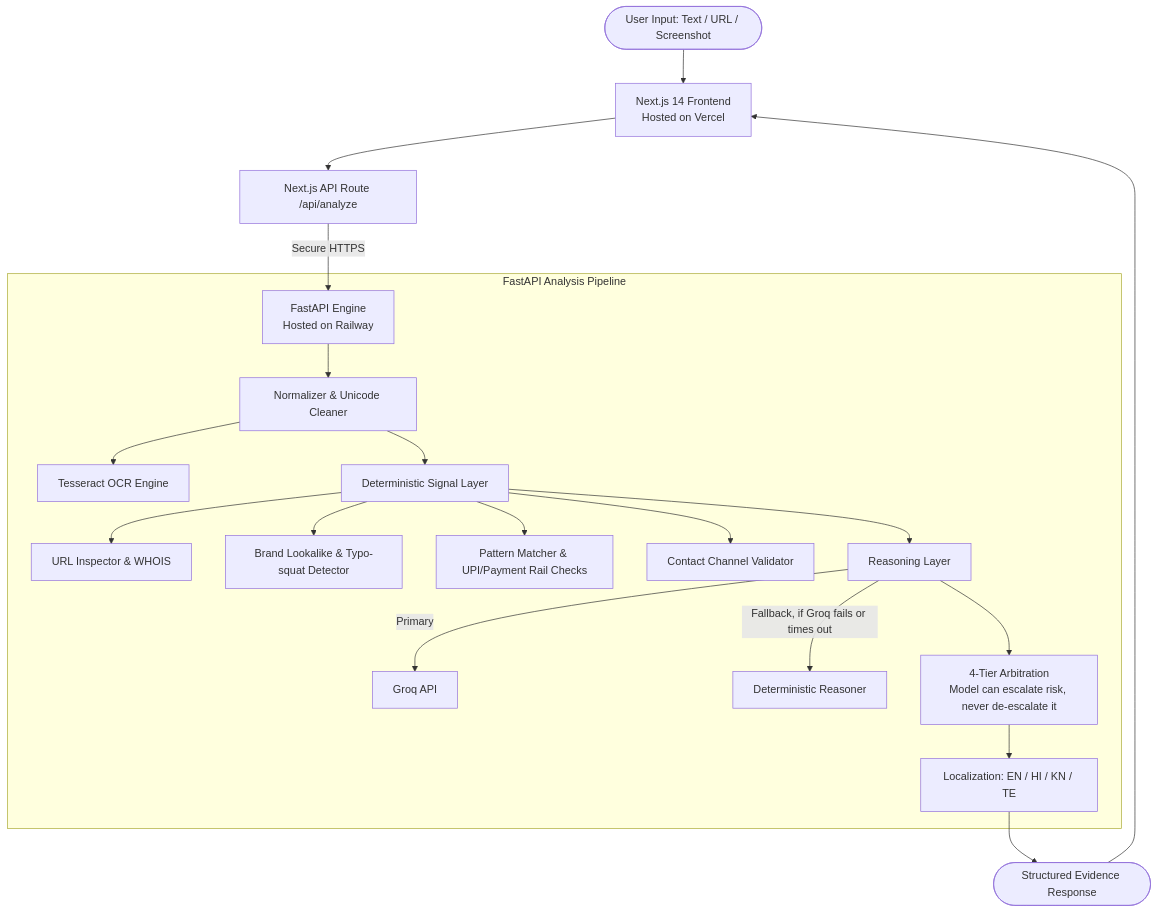
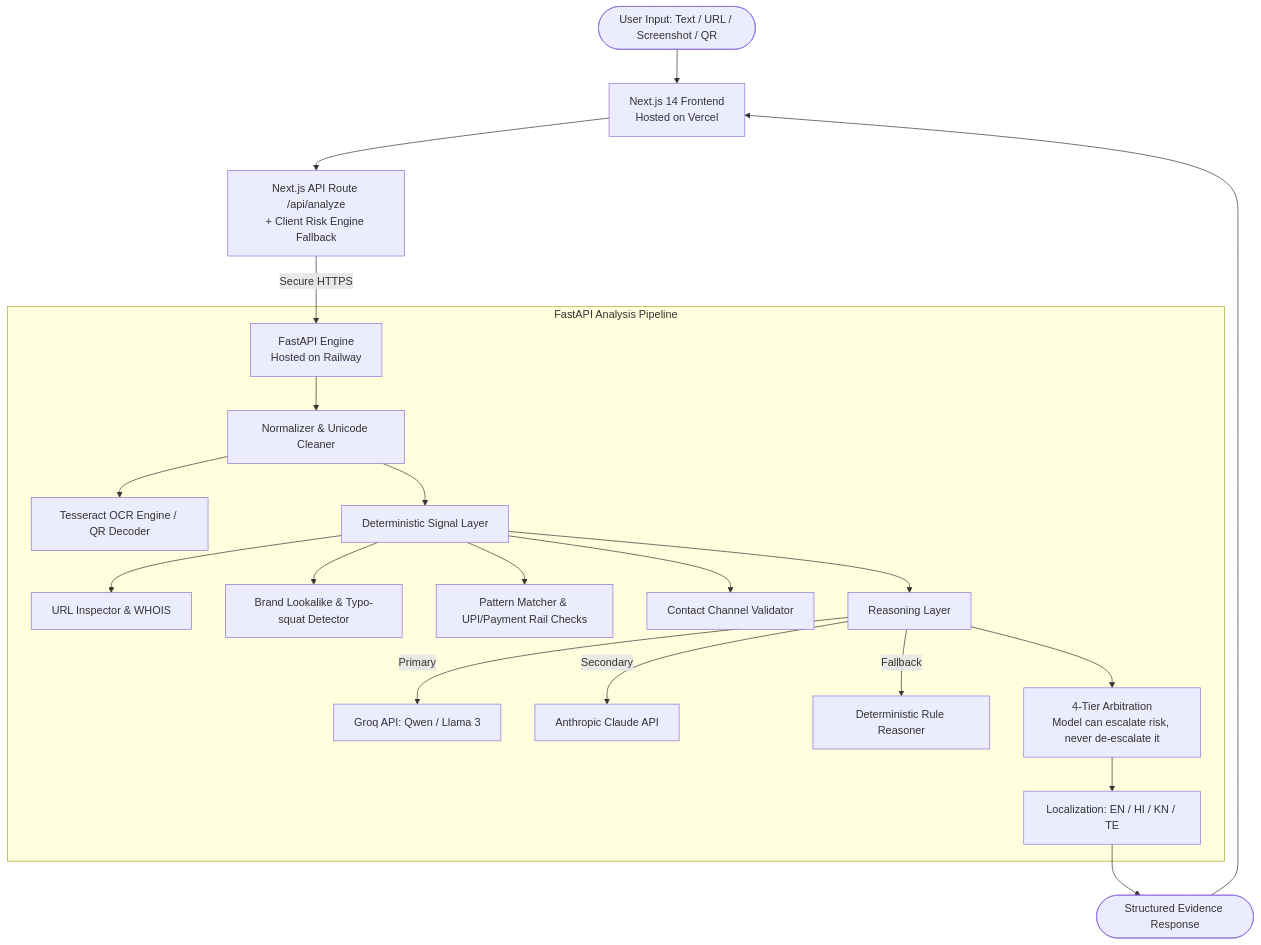
One commit to satvikpandurangi/Sudarshan-Kavach changed the diagram in README.md. Above: the diagram before and after it, drawn with Mermaid. The commit also changed other lines of this file and 1 other file, not shown here.

````diff
--- a/README.md
+++ b/README.md
@@ -39,28 +39,29 @@
 ```mermaid
 flowchart TD
-    User([User Input: Text / URL / Screenshot]) --> FE[Next.js 14 Frontend\nHosted on Vercel]
-    FE --> API_Proxy[Next.js API Route /api/analyze]
+    User([User Input: Text / URL / Screenshot / QR]) --> FE[Next.js 14 Frontend\nHosted on Vercel]
+    FE --> API_Proxy[Next.js API Route /api/analyze\n+ Client Risk Engine Fallback]
 
     API_Proxy -->|Secure HTTPS| BE[FastAPI Engine\nHosted on Railway]
 
     subgraph Backend_Pipeline [FastAPI Analysis Pipeline]
         BE --> Norm[Normalizer & Unicode Cleaner]
-        Norm --> OCR[Tesseract OCR Engine]
+        Norm --> OCR[Tesseract OCR Engine / QR Decoder]
         Norm --> SignalLayer[Deterministic Signal Layer]
 
         SignalLayer --> URL_Insp[URL Inspector & WHOIS]
         SignalLayer --> Brand_Match[Brand Lookalike & Typo-squat Detector]
         SignalLayer --> Pattern_Match[Pattern Matcher & UPI/Payment Rail Checks]
         SignalLayer --> Channel_Check[Contact Channel Validator]
 
         SignalLayer --> Reasoner[Reasoning Layer]
-        Reasoner -->|Primary| Groq[Groq API]
-        Reasoner -->|Fallback, if Groq fails or times out| DetReasoner[Deterministic Reasoner]
+        Reasoner -->|Primary| Groq[Groq API: Qwen / Llama 3]
+        Reasoner -->|Secondary| Anthropic[Anthropic Claude API]
+        Reasoner -->|Fallback| DetReasoner[Deterministic Rule Reasoner]
 
         Reasoner --> Arbitrate[4-Tier Arbitration\nModel can escalate risk, never de-escalate it]
         Arbitrate --> Localize[Localization: EN / HI / KN / TE]
     end
 
     Localize --> ResultPayload([Structured Evidence Response])
     ResultPayload --> FE
 ```
````
